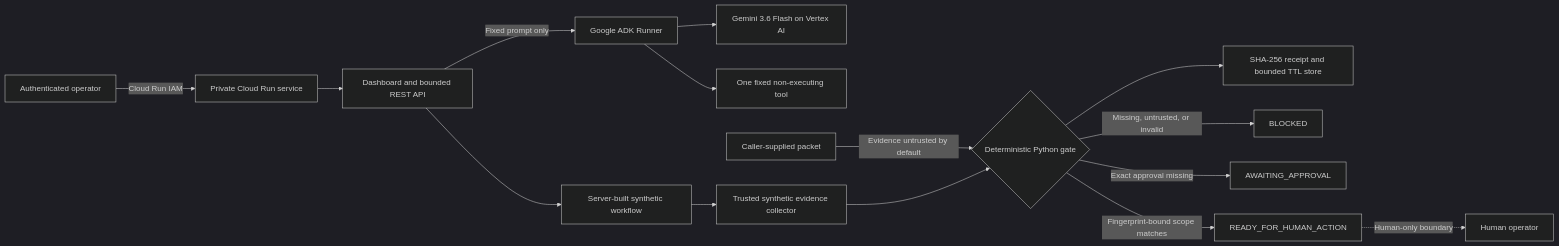
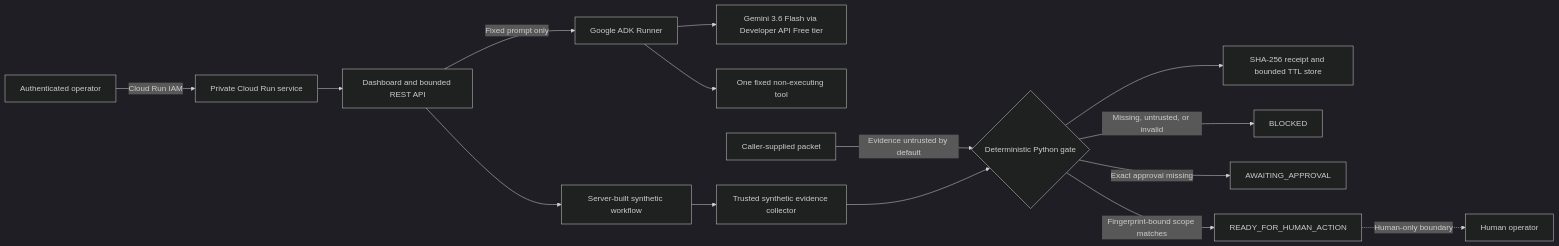
Before and after one commit to skaiea13-ai/proofstitch: the diagram in docs/architecture.mmd, drawn with Mermaid (dark theme). The commit also changed 11 other files, not shown here.

```diff
--- a/docs/architecture.mmd
+++ b/docs/architecture.mmd
@@ -1,15 +1,15 @@
 flowchart LR
     U[Authenticated operator] -->|Cloud Run IAM| C[Private Cloud Run service]
     C --> D[Dashboard and bounded REST API]
     D --> W[Server-built synthetic workflow]
     D -->|Fixed prompt only| A[Google ADK Runner]
-    A --> G[Gemini 3.6 Flash on Vertex AI]
+    A --> G[Gemini 3.6 Flash via Developer API Free tier]
     A --> T[One fixed non-executing tool]
     W --> E[Trusted synthetic evidence collector]
     X[Caller-supplied packet] -->|Evidence untrusted by default| H
     E --> H{Deterministic Python gate}
     H --> R[SHA-256 receipt and bounded TTL store]
     H -- Missing, untrusted, or invalid --> B[BLOCKED]
     H -- Exact approval missing --> P[AWAITING_APPROVAL]
     H -- Fingerprint-bound scope matches --> Q[READY_FOR_HUMAN_ACTION]
     Q -. Human-only boundary .-> O[Human operator]
```
